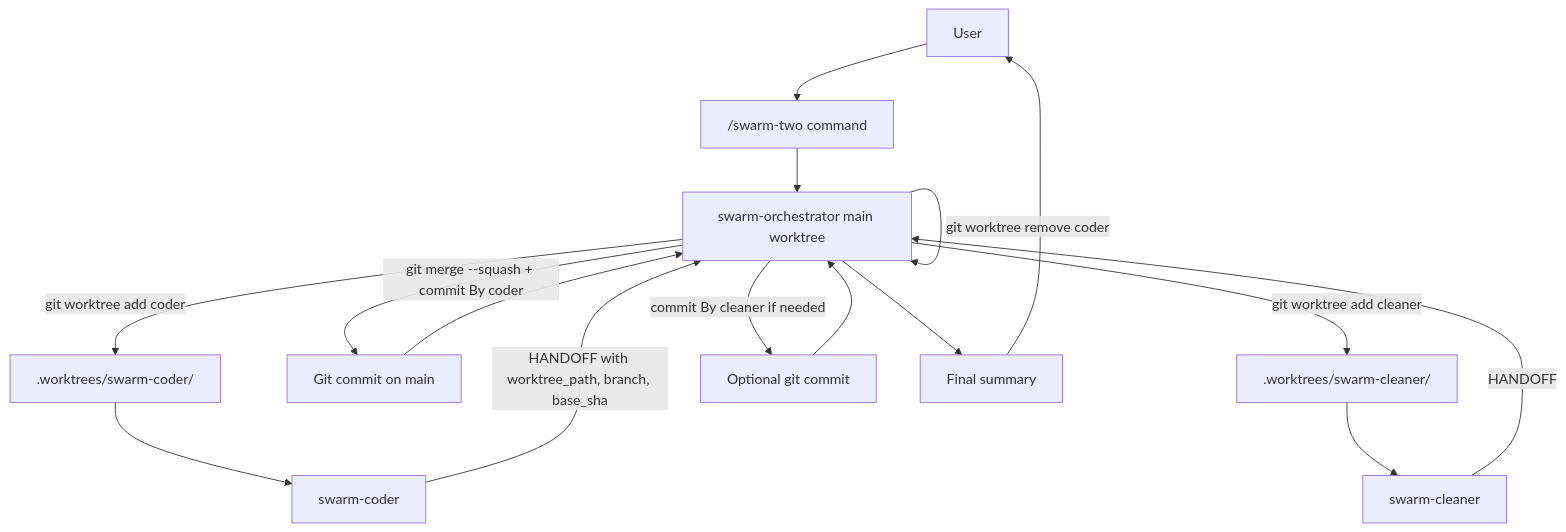
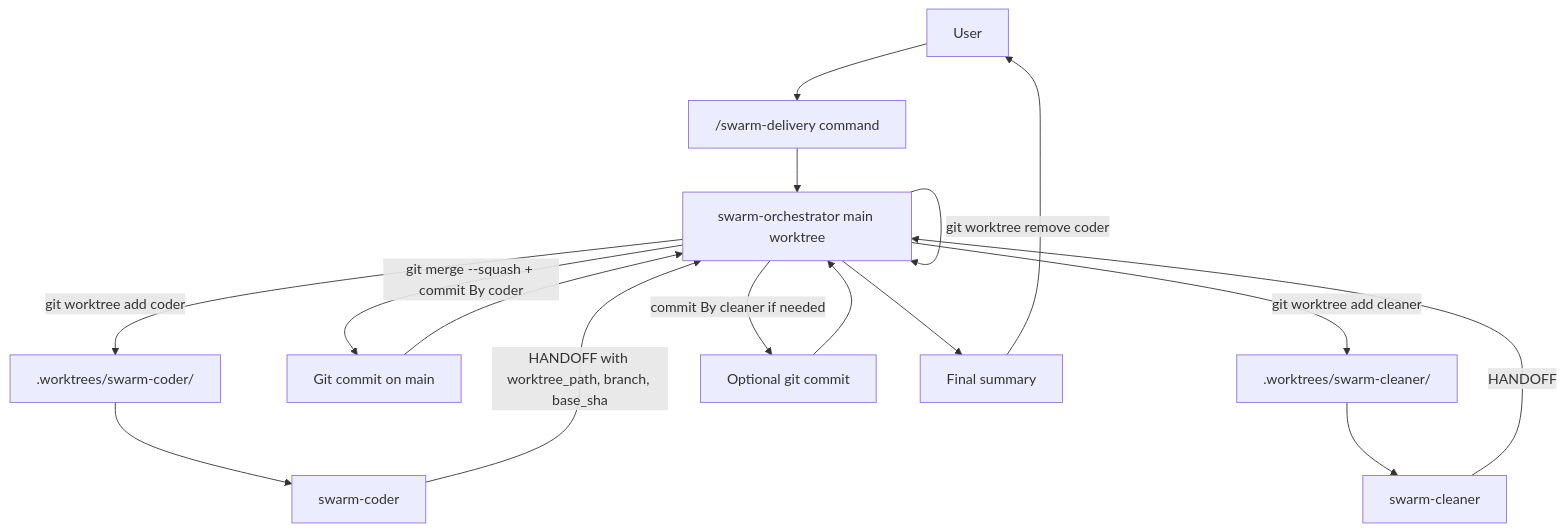
Before and after one commit to gvalmana/opencode-swarm-pack: the diagram in docs/architecture.md, drawn with Mermaid. The commit also changed other lines of this file and 60 other files, not shown here.

````diff
--- a/docs/architecture.md
+++ b/docs/architecture.md
@@ -103,18 +103,18 @@
 ```mermaid
 flowchart TD
-    U[User] --> C["/swarm-two command"]
+    U[User] --> C["/swarm-delivery command"]
     C --> O[swarm-orchestrator main worktree]
     O -->|git worktree add coder| WT1[".worktrees/swarm-coder/<task-id>"]
     WT1 --> CODER[swarm-coder]
     CODER -->|HANDOFF with worktree_path, branch, base_sha| O
     O -->|git merge --squash + commit By coder| GC[Git commit on main]
     GC --> O
     O -->|git worktree remove coder| O
     O -->|git worktree add cleaner| WT2[".worktrees/swarm-cleaner/<task-id>"]
     WT2 --> CLEANER[swarm-cleaner]
     CLEANER -->|HANDOFF| O
     O -->|commit By cleaner if needed| GCL[Optional git commit]
     GCL --> O
     O --> S[Final summary]
     S --> U
 ```
````
